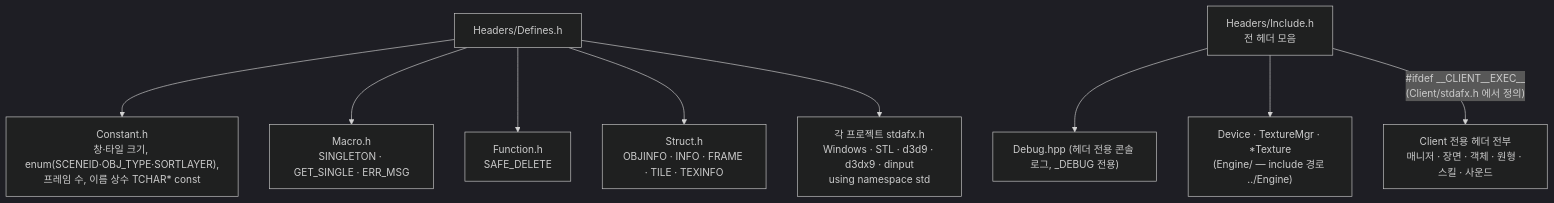
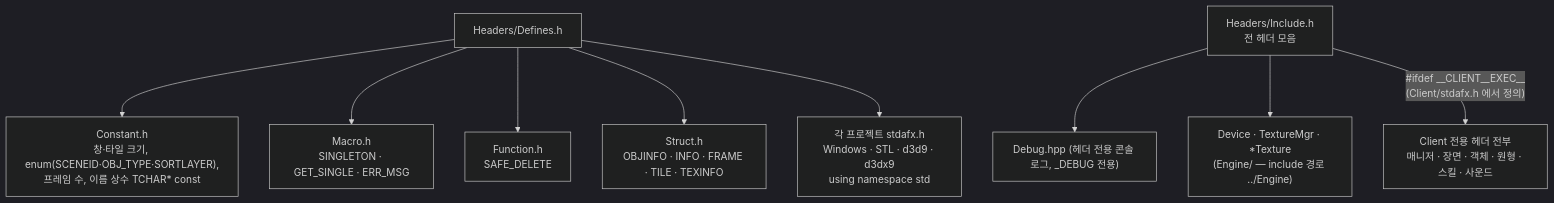
The tenth of 10 diagrams in docs/ARCHITECTURE.md (Ryujaehyeon/Portfolio), drawn with Mermaid (dark theme) before and after one commit. The commit also changed other lines of this file and 3 other files, not shown here.

````diff
--- a/docs/ARCHITECTURE.md
+++ b/docs/ARCHITECTURE.md
@@ -336,12 +335,12 @@
 ```mermaid
 flowchart TB
-    stdafx["각 프로젝트 stdafx.h<br/>Windows · STL · d3d9 · d3dx9 · dinput<br/>using namespace std"]
+    stdafx["각 프로젝트 stdafx.h<br/>Windows · STL · d3d9 · d3dx9<br/>using namespace std"]
     Defines["Headers/Defines.h"] --> Constant["Constant.h<br/>창·타일 크기, enum(SCENEID·OBJ_TYPE·SORTLAYER),<br/>프레임 수, 이름 상수 TCHAR* const"]
     Defines --> Macro["Macro.h<br/>SINGLETON · GET_SINGLE · ERR_MSG"]
     Defines --> Function["Function.h<br/>SAFE_DELETE"]
     Defines --> Struct["Struct.h<br/>OBJINFO · INFO · FRAME · TILE · TEXINFO"]
     Defines --> stdafx
     Include["Headers/Include.h<br/>전 헤더 모음"] --> DebugHpp["Debug.hpp (헤더 전용 콘솔 로그, _DEBUG 전용)"]
     Include --> Common["Device · TextureMgr · *Texture<br/>(Engine/ — include 경로 ../Engine)"]
     Include -->|"#ifdef __CLIENT__EXEC__<br/>(Client/stdafx.h 에서 정의)"| ClientOnly["Client 전용 헤더 전부<br/>매니저 · 장면 · 객체 · 원형 · 스킬 · 사운드"]
 ```
````
